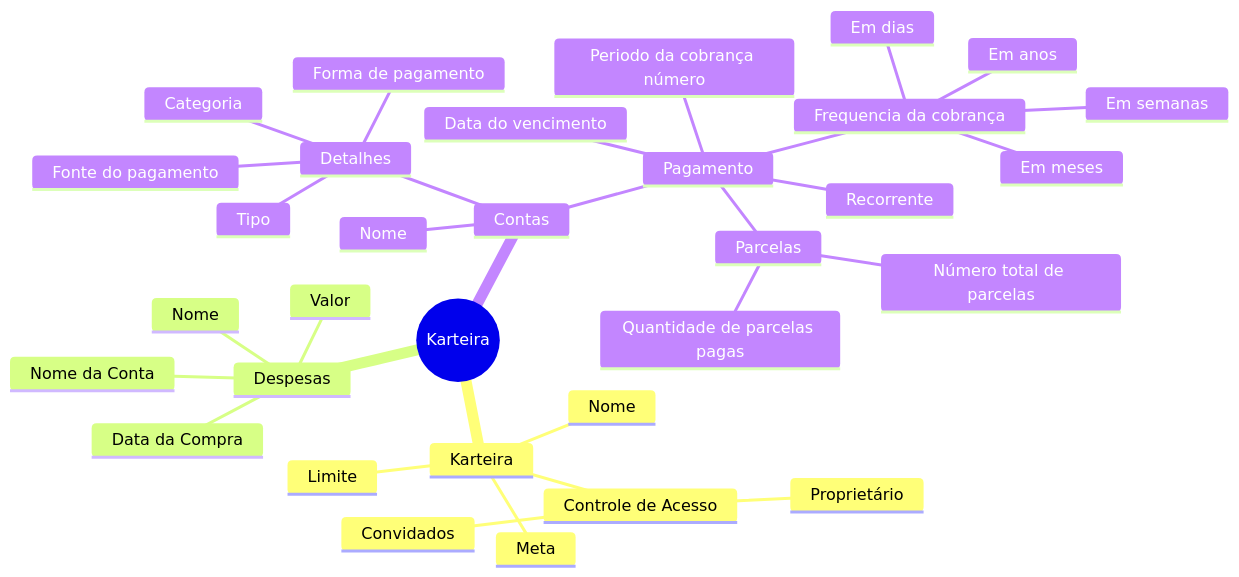
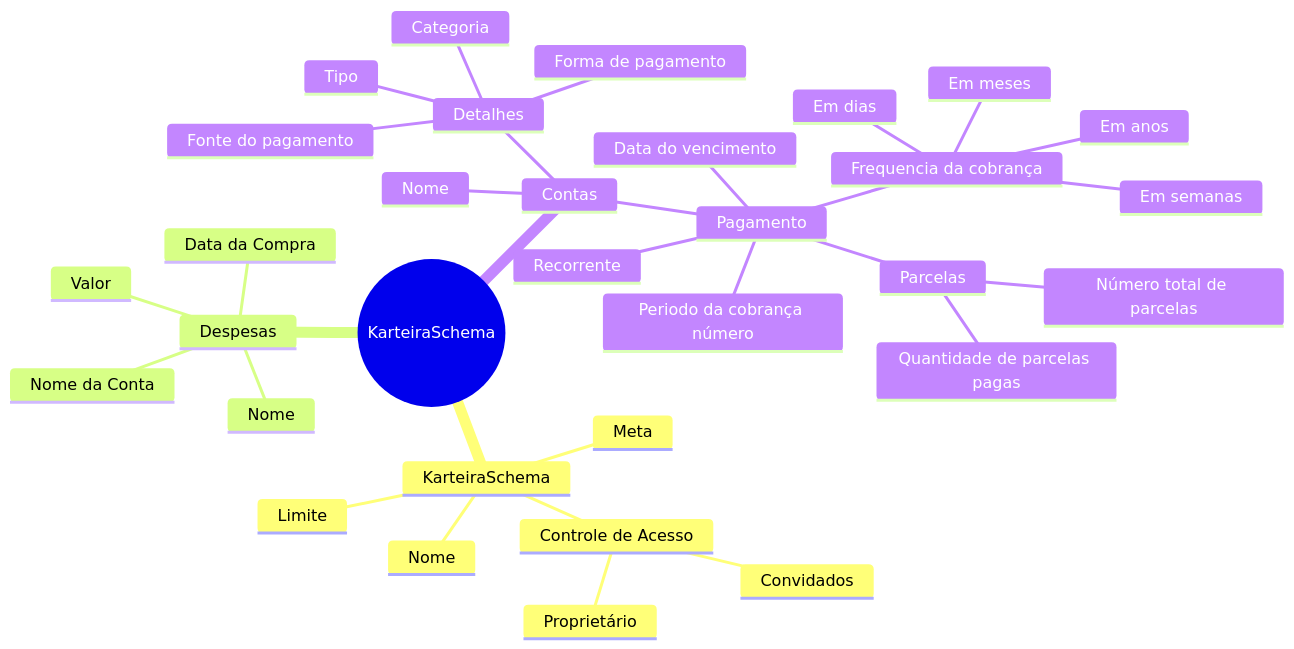
One commit to oxechicao/karteira-front changed the diagram in README.MD. Above: the diagram before and after it, drawn with Mermaid. The commit also changed other lines of this file and 16 other files, not shown here.

````diff
--- a/README.MD
+++ b/README.MD
@@ -10,35 +10,35 @@
 ```mermaid
 mindmap
-    ((Karteira))
-        Karteira
+    ((KarteiraSchema))
+        KarteiraSchema
             Nome
             Controle de Acesso
               Proprietário
               Convidados
             Meta
             Limite
         Despesas
             Nome
             Valor
             Data da Compra
             Nome da Conta
         Contas
             Nome
             Detalhes
                 Categoria
                 Tipo
                 Forma de pagamento
                 Fonte do pagamento
             Pagamento
                 Data do vencimento
                 Recorrente
                 Frequencia da cobrança
                     Em meses
                     Em dias
                     Em semanas
                     Em anos
                 Periodo da cobrança número
                 Parcelas
                     Número total de parcelas
                     Quantidade de parcelas pagas
 ```
````
